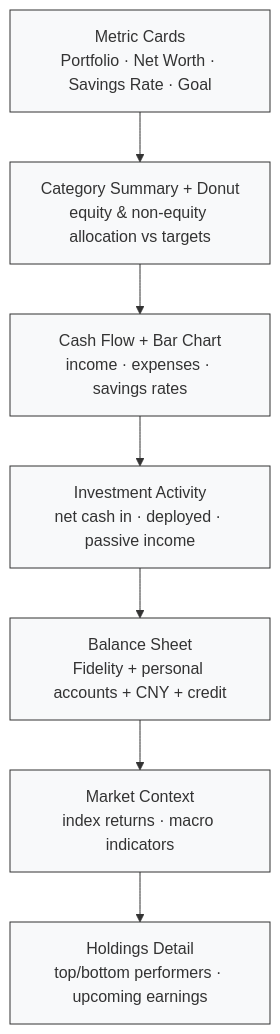
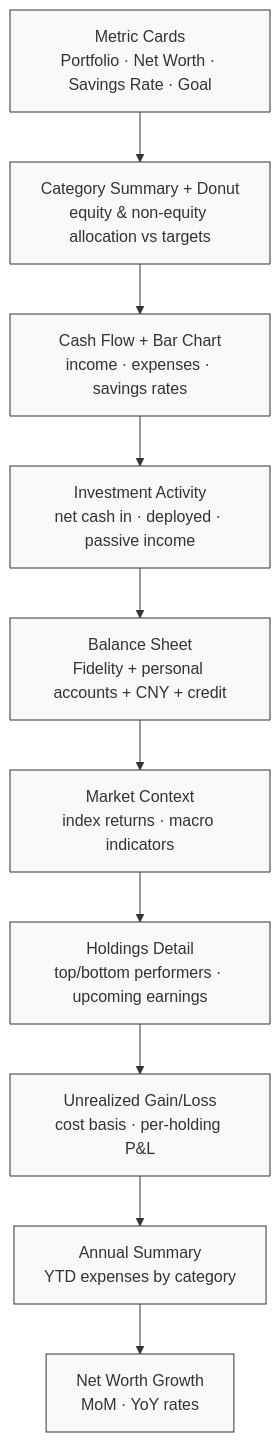
One commit to Guoyuer/portal changed the fourth of 4 diagrams in README.md. Above: the diagram before and after it, drawn with Mermaid. The commit also changed other lines of this file and 3 other files, not shown here.

````diff
--- a/README.md
+++ b/README.md
@@ -141,17 +153,23 @@
 ```mermaid
 graph TD
     A["Metric Cards<br/>Portfolio · Net Worth · Savings Rate · Goal"] --> B["Category Summary + Donut<br/>equity & non-equity allocation vs targets"]
     B --> C["Cash Flow + Bar Chart<br/>income · expenses · savings rates"]
     C --> D["Investment Activity<br/>net cash in · deployed · passive income"]
     D --> E["Balance Sheet<br/>Fidelity + personal accounts + CNY + credit"]
     E --> F["Market Context<br/>index returns · macro indicators"]
     F --> G["Holdings Detail<br/>top/bottom performers · upcoming earnings"]
+    G --> H["Unrealized Gain/Loss<br/>cost basis · per-holding P&L"]
+    H --> I["Annual Summary<br/>YTD expenses by category"]
+    I --> J["Net Worth Growth<br/>MoM · YoY rates"]
 
     style A fill:#f8f9fa,stroke:#333
     style B fill:#f8f9fa,stroke:#333
     style C fill:#f8f9fa,stroke:#333
     style D fill:#f8f9fa,stroke:#333
     style E fill:#f8f9fa,stroke:#333
     style F fill:#f8f9fa,stroke:#333
     style G fill:#f8f9fa,stroke:#333
+    style H fill:#f8f9fa,stroke:#333
+    style I fill:#f8f9fa,stroke:#333
+    style J fill:#f8f9fa,stroke:#333
 ```
````
